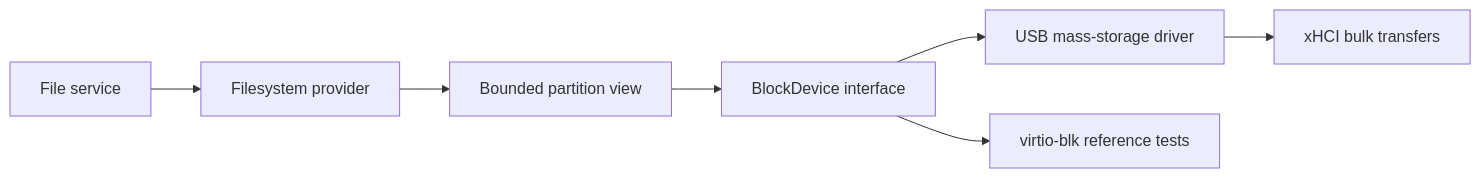
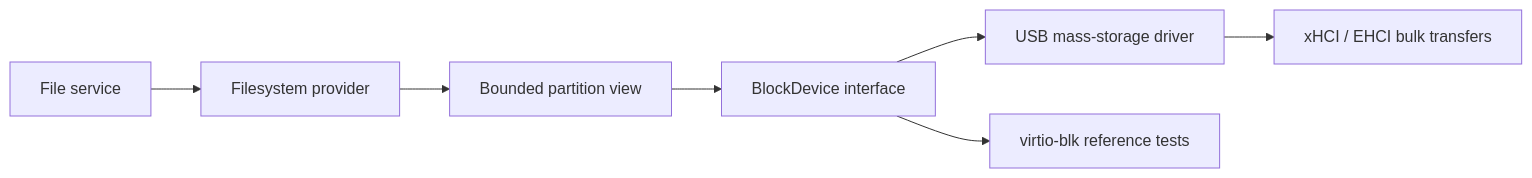
One commit to idevtm/os1 changed the second of 2 diagrams in docs/native-api/roadmap.md. Above: the diagram before and after it, drawn with Mermaid. The commit also changed other lines of this file and 70 other files, not shown here.

````diff
--- a/docs/native-api/roadmap.md
+++ b/docs/native-api/roadmap.md
@@ -176,9 +179,9 @@
 ```mermaid
 flowchart LR
     A[File service] --> B[Filesystem provider]
     B --> C[Bounded partition view]
     C --> D[BlockDevice interface]
     D --> E[USB mass-storage driver]
-    E --> F[xHCI bulk transfers]
+    E --> F[xHCI / EHCI bulk transfers]
     D --> G[virtio-blk reference tests]
 ```
````
